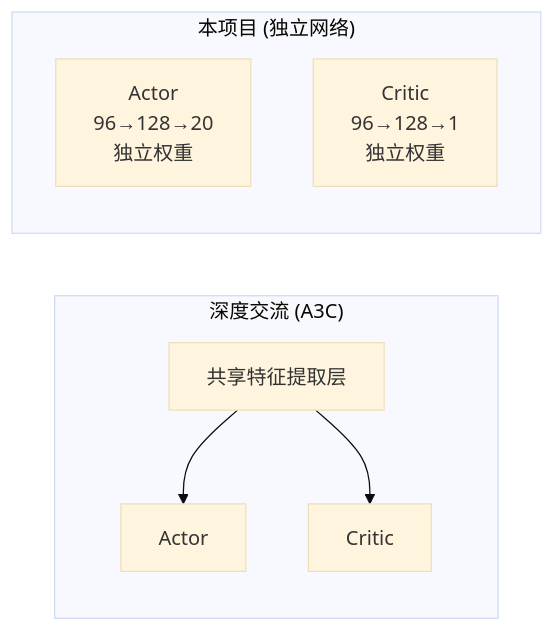
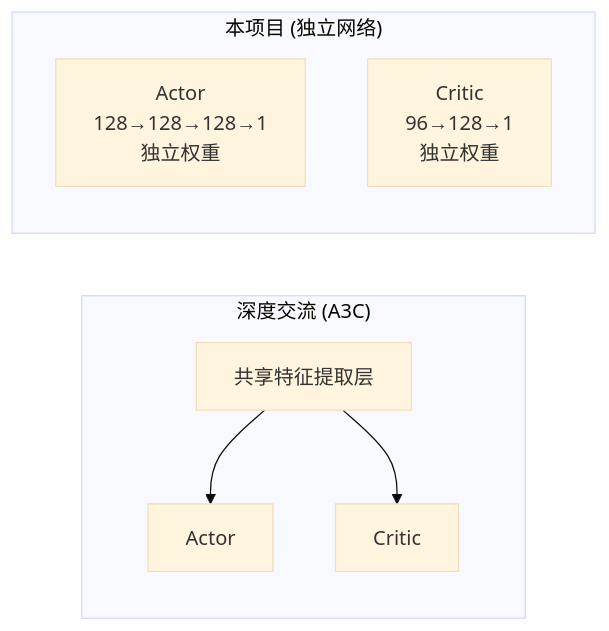
One commit to this1is1i/ACSR changed the eighth of 20 diagrams in docs/QA.md. Above: the diagram before and after it, drawn with Mermaid (base theme). The commit also changed other lines of this file and 48 other files, not shown here.

````diff
--- a/docs/QA.md
+++ b/docs/QA.md
@@ -1346,14 +1366,14 @@
 ```mermaid
 flowchart LR
     subgraph A3C["深度交流 (A3C) "]
         SHARED["共享特征提取层"]
         A_A3C["Actor"]
         C_A3C["Critic"]
         SHARED --> A_A3C
         SHARED --> C_A3C
     end
     subgraph IND["本项目 (独立网络)"]
-        A_IND["Actor<br/>96→128→20<br/>独立权重"]
+        A_IND["Actor<br/>128→128→128→1<br/>独立权重"]
         C_IND["Critic<br/>96→128→1<br/>独立权重"]
     end
 ```
````
